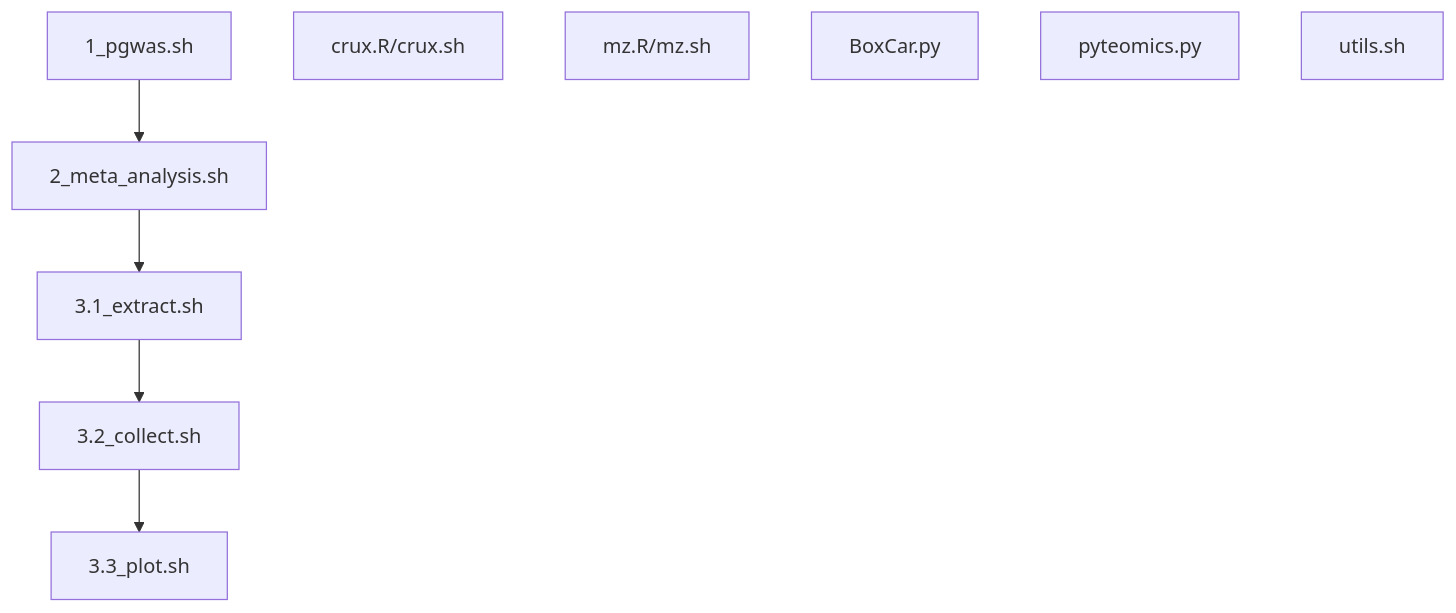
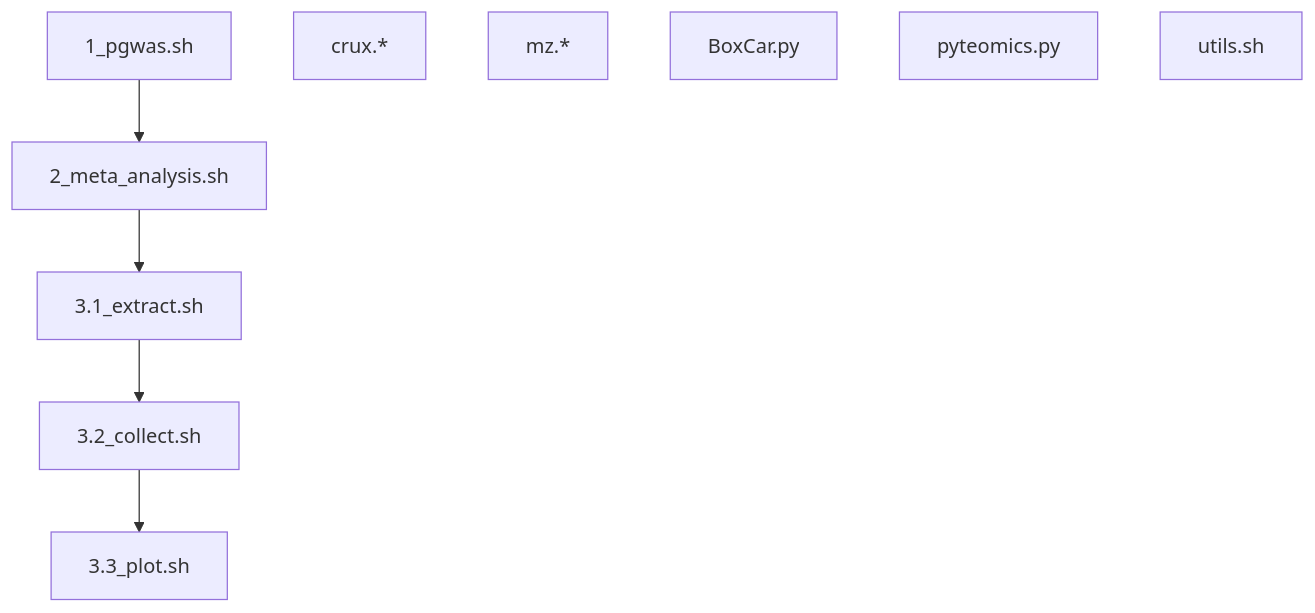
One commit to jinghuazhao/Caprion changed the diagram in peptide_progs/README.md. Above: the diagram before and after it, drawn with Mermaid. The commit also changed other lines of this file and 1 other file, not shown here.

Commit message:
Analysis

````diff
--- a/peptide_progs/README.md
+++ b/peptide_progs/README.md
@@ -27,14 +27,14 @@
 ```mermaid
 graph TD;
 1_pgwas.sh
 2_meta_analysis.sh
 3.1_extract.sh
 3.2_collect.sh
 3.3_plot.sh
 1_pgwas.sh --> 2_meta_analysis.sh --> 3.1_extract.sh --> 3.2_collect.sh --> 3.3_plot.sh
-crux.R/crux.sh
-mz.R/mz.sh
+crux.*
+mz.*
 BoxCar.py
 pyteomics.py
 utils.sh
 ```
````
